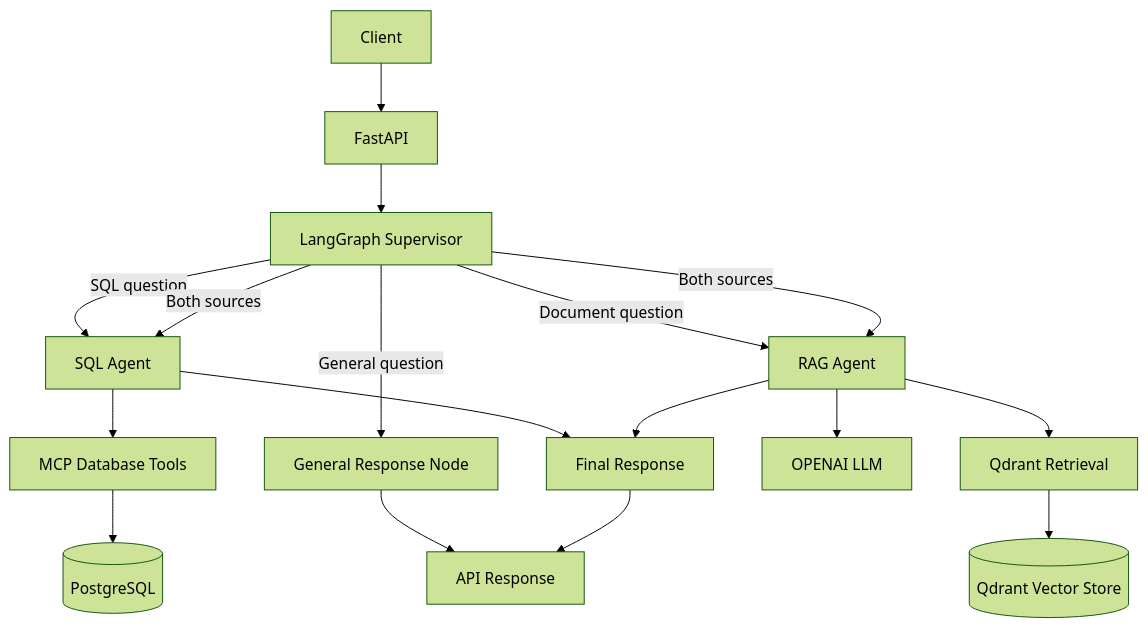
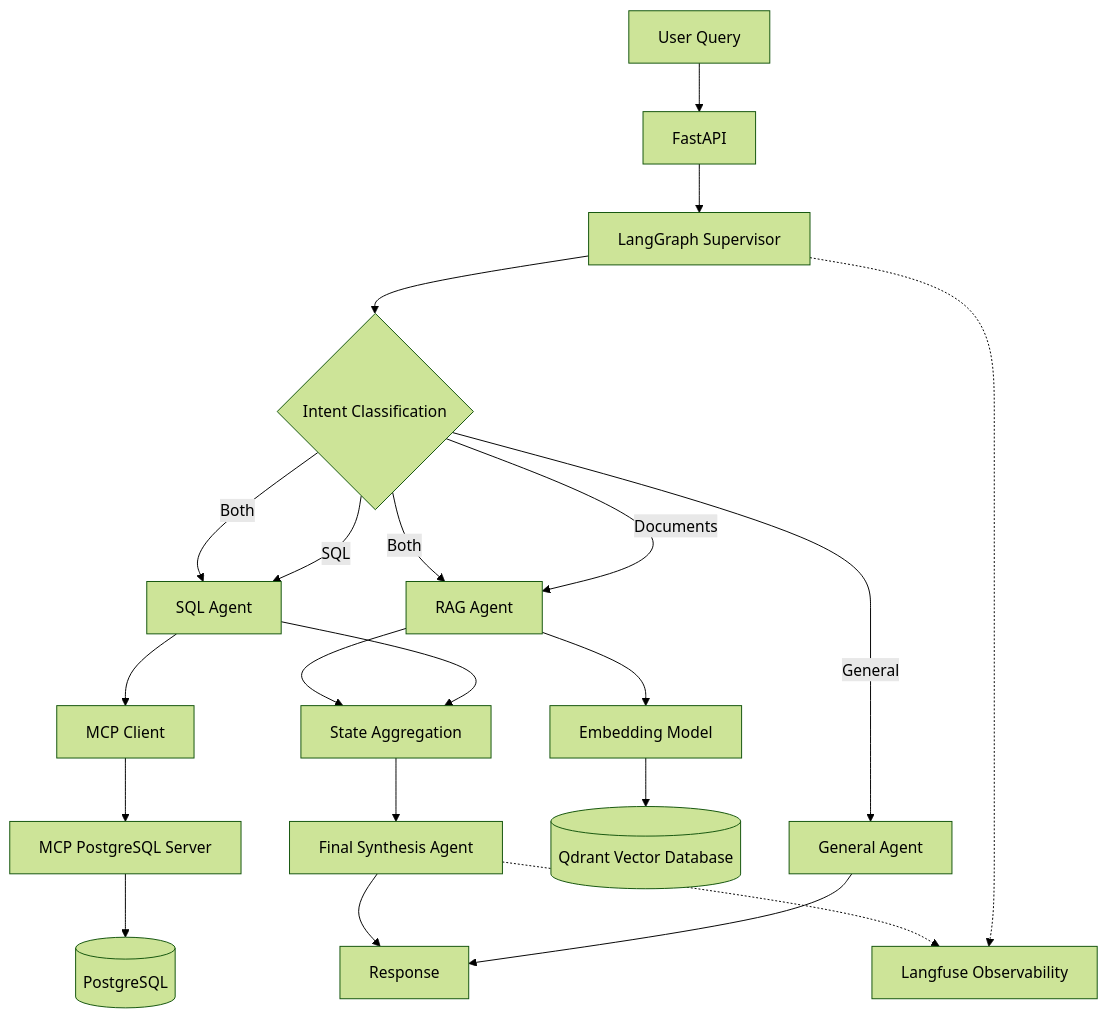
One commit to ajtiwari1/DataNexus-AI changed the diagram in README.md. Above: the diagram before and after it, drawn with Mermaid (forest theme). The commit also changed other lines of this file and 3 other files, not shown here.

````diff
--- a/README.md
+++ b/README.md
@@ -22,23 +30,30 @@
 ```mermaid
 flowchart TD
-    U[Client] --> API[FastAPI]
-    API --> S[LangGraph Supervisor]
+    A[User Query] --> B[FastAPI]
+    B --> C[LangGraph Supervisor]
 
-    S -->|SQL question| SQL[SQL Agent]
-    S -->|Document question| RAG[RAG Agent]
-    S -->|Both sources| SQL
-    S -->|Both sources| RAG
-    S -->|General question| G[General Response Node]
+    C --> D{Intent Classification}
 
-    SQL --> MCP[MCP Database Tools]
-    MCP --> DB[(PostgreSQL)]
+    D -->|SQL| E[SQL Agent]
+    D -->|Documents| F[RAG Agent]
+    D -->|Both| E
+    D -->|Both| F
+    D -->|General| G[General Agent]
 
-    RAG --> RET[Qdrant Retrieval]
-    RET --> V[(Qdrant Vector Store)]
-    RAG --> LLM[OPENAI LLM]
+    E --> H[MCP Client]
+    H --> I[MCP PostgreSQL Server]
+    I --> J[(PostgreSQL)]
 
-    SQL --> F[Final Response]
-    RAG --> F
-    G --> END[API Response]
-    F --> END
+    F --> K[Embedding Model]
+    K --> L[(Qdrant Vector Database)]
+
+    E --> M[State Aggregation]
+    F --> M
+    M --> N[Final Synthesis Agent]
+
+    G --> O[Response]
+    N --> O
+
+    C -.-> P[Langfuse Observability]
+    N -.-> P
 ```
````
